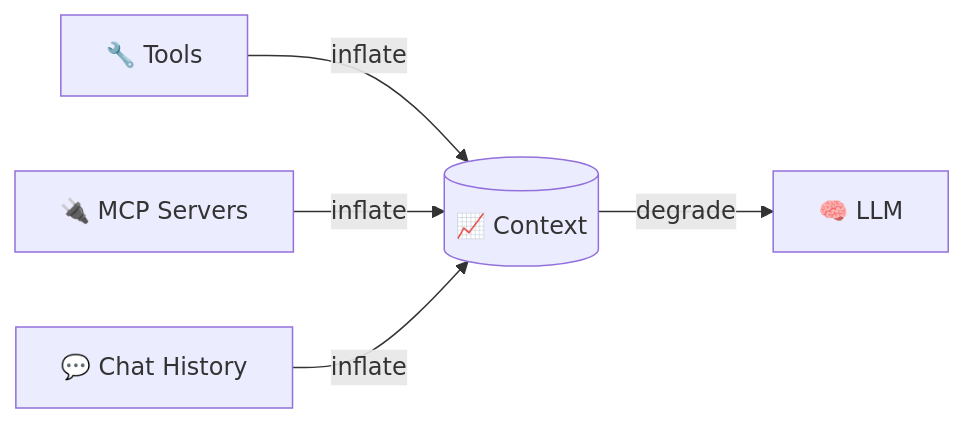
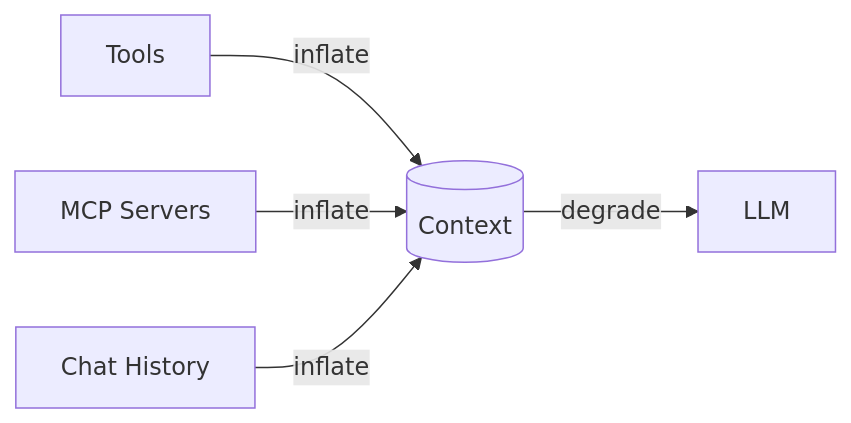
The seventh of 8 diagrams in 01-foundations/workshop.md (agenticloops-ai/agentic-ai-engineering), drawn with Mermaid before and after one commit. The commit also changed other lines of this file, not shown here.

````diff
--- a/01-foundations/workshop.md
+++ b/01-foundations/workshop.md
@@ -418,7 +143,7 @@
 ```mermaid
 flowchart LR
-    T1[🔧 Tools] -->|inflate| P[(📈 Context)]
-    T2[🔌 MCP Servers] -->|inflate| P
-    T3[💬 Chat History] -->|inflate| P
-    P -->|degrade| L[🧠 LLM]
+    T1[Tools] -->|inflate| P[(Context)]
+    T2[MCP Servers] -->|inflate| P
+    T3[Chat History] -->|inflate| P
+    P -->|degrade| L[LLM]
 ```
````
